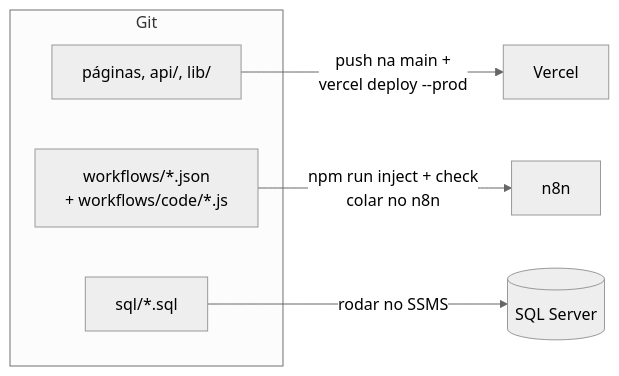
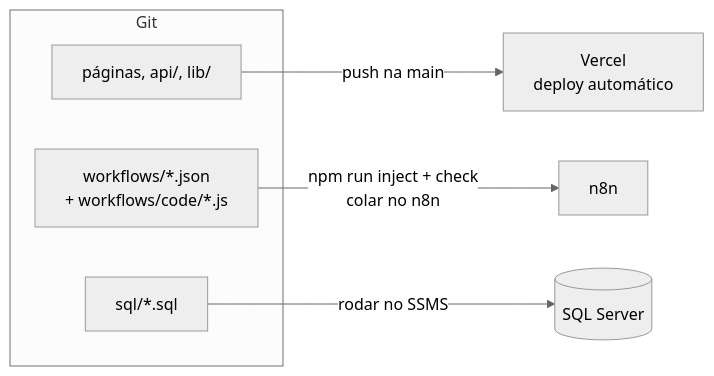
The sixth of 6 diagrams in docs/arquitetura.md (clariens/painel-integracao-desbloqueio-CNN-web), drawn with Mermaid (neutral theme) before and after one commit. The commit also changed 3 other files, not shown here.

Commit message:
Node 24 na Vercel e docs: push na main volta a publicar

````diff
--- a/docs/arquitetura.md
+++ b/docs/arquitetura.md
@@ -263,11 +263,11 @@
 ```mermaid
 flowchart LR
     subgraph Repo["Git"]
         F["páginas, api/, lib/"]
         W["workflows/*.json<br/>+ workflows/code/*.js"]
         S["sql/*.sql"]
     end
-    F -- "push na main +<br/>vercel deploy --prod" --> V["Vercel"]
+    F -- "push na main" --> V["Vercel<br/>deploy automático"]
     W -- "npm run inject + check<br/>colar no n8n" --> N["n8n"]
     S -- "rodar no SSMS" --> B[("SQL Server")]
 ```
````
